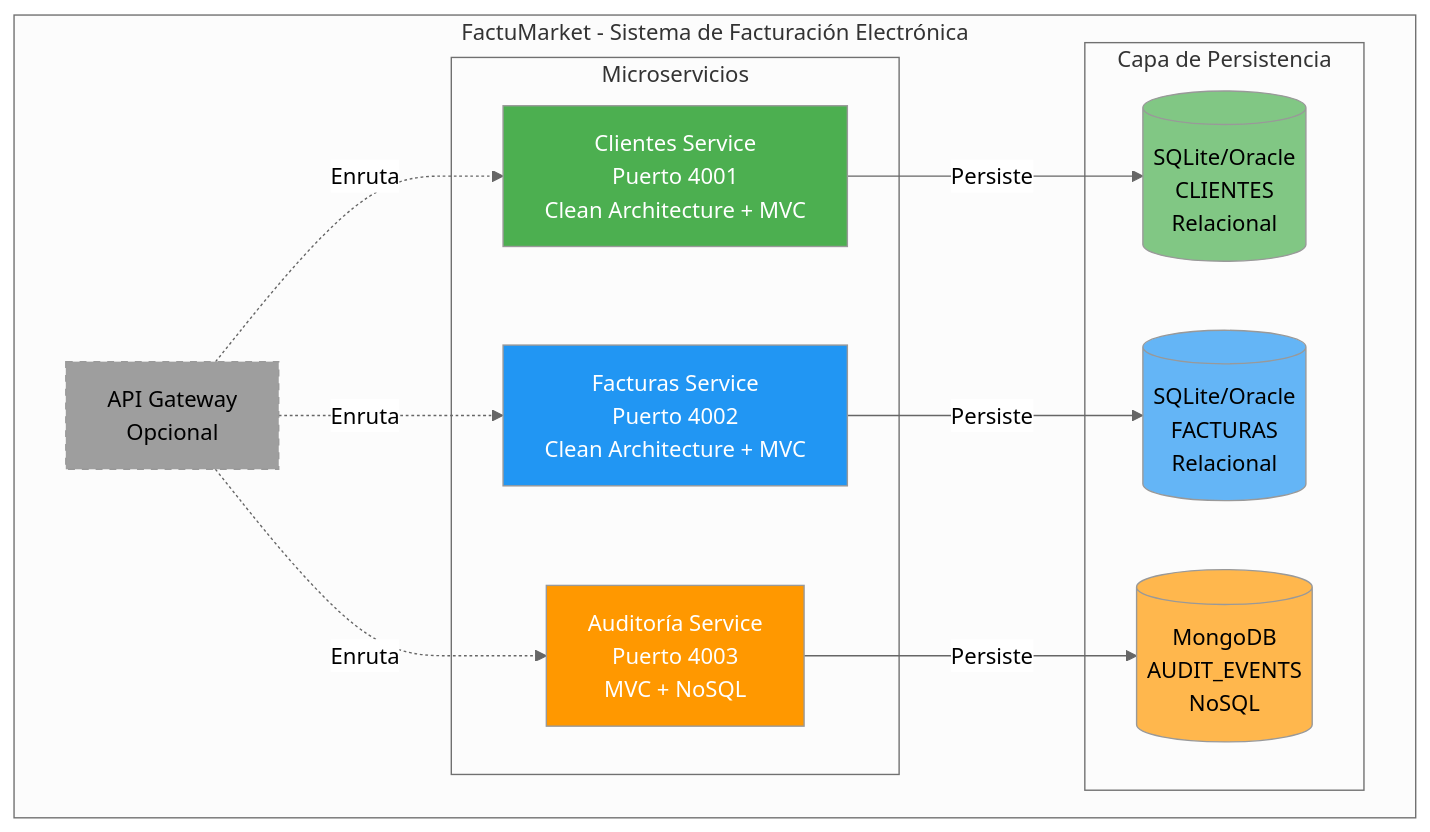
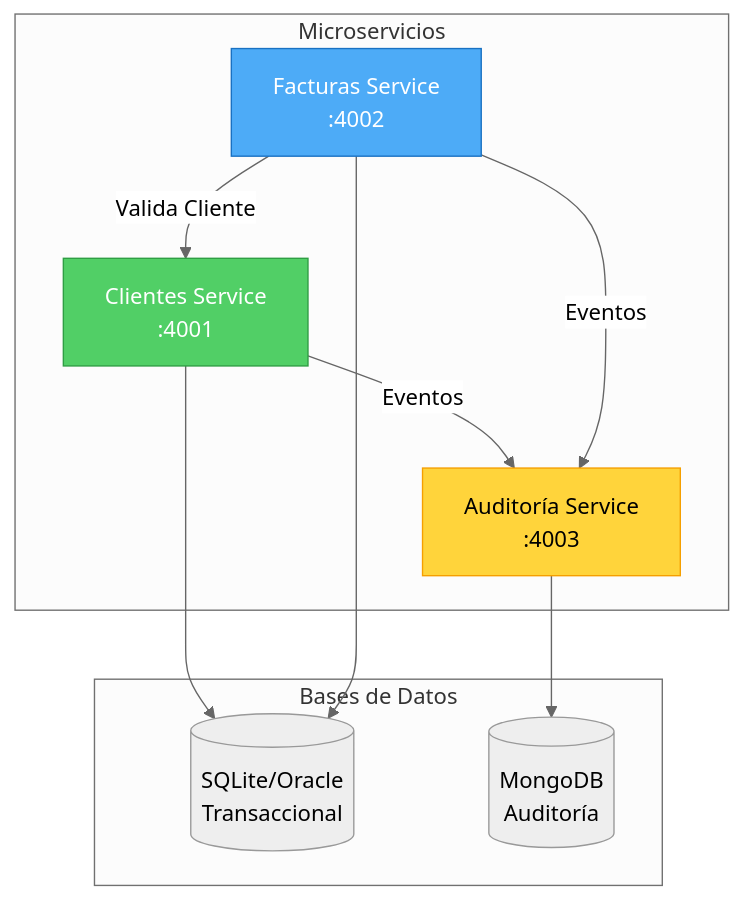
One commit to Asimpl3-Hero/RubyDoubleV changed the first of 4 diagrams in docs/ARQUITECTURA.md. Above: the diagram before and after it, drawn with Mermaid (neutral theme). The commit also changed other lines of this file, not shown here.

First line of the commit message:
Update system architecture documentation

````diff
--- a/docs/ARQUITECTURA.md
+++ b/docs/ARQUITECTURA.md
@@ -5,34 +9,24 @@
 ```mermaid
 graph TB
-    subgraph "FactuMarket - Sistema de Facturación Electrónica"
-        GW[API Gateway<br/>Opcional]
-
-        subgraph "Microservicios"
-            CS[Clientes Service<br/>Puerto 4001<br/>Clean Architecture + MVC]
-            FS[Facturas Service<br/>Puerto 4002<br/>Clean Architecture + MVC]
-            AS[Auditoría Service<br/>Puerto 4003<br/>MVC + NoSQL]
-        end
-
-        subgraph "Capa de Persistencia"
-            DBCS[(SQLite/Oracle<br/>CLIENTES<br/>Relacional)]
-            DBFS[(SQLite/Oracle<br/>FACTURAS<br/>Relacional)]
-            DBAS[(MongoDB<br/>AUDIT_EVENTS<br/>NoSQL)]
-        end
-
-        GW -.->|Enruta| CS
-        GW -.->|Enruta| FS
-        GW -.->|Enruta| AS
-
-        CS -->|Persiste| DBCS
-        FS -->|Persiste| DBFS
-        AS -->|Persiste| DBAS
+    subgraph "Microservicios"
+        CS[Clientes Service<br/>:4001]
+        FS[Facturas Service<br/>:4002]
+        AS[Auditoría Service<br/>:4003]
     end
 
-    style CS fill:#4CAF50,color:#fff
-    style FS fill:#2196F3,color:#fff
-    style AS fill:#FF9800,color:#fff
-    style DBCS fill:#81C784
-    style DBFS fill:#64B5F6
-    style DBAS fill:#FFB74D
-    style GW fill:#9E9E9E,stroke-dasharray: 5 5
+    subgraph "Bases de Datos"
+        SQL[(SQLite/Oracle<br/>Transaccional)]
+        MONGO[(MongoDB<br/>Auditoría)]
+    end
+
+    FS -->|Valida Cliente| CS
+    CS -->|Eventos| AS
+    FS -->|Eventos| AS
+    CS --> SQL
+    FS --> SQL
+    AS --> MONGO
+
+    style CS fill:#51cf66,stroke:#2f9e44,color:#fff
+    style FS fill:#4dabf7,stroke:#1971c2,color:#fff
+    style AS fill:#ffd43b,stroke:#f59f00,color:#000
 ```
````
